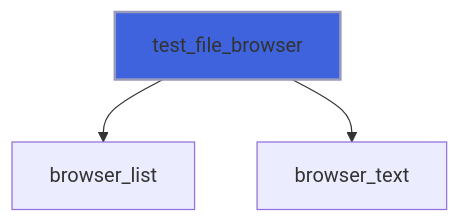
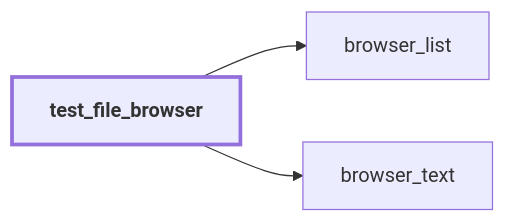
One commit to szaghi/figure changed diagram 11 of 57 in docs/api/src/lib/figure_testing.md. Above: the diagram before and after it, drawn with Mermaid. The commit also changed other lines of this file and 54 other files, not shown here.

````diff
--- a/docs/api/src/lib/figure_testing.md
+++ b/docs/api/src/lib/figure_testing.md
@@ -363,6 +443,9 @@
 ```mermaid
-flowchart TD
+flowchart LR
   test_file_browser["test_file_browser"] --> browser_list["browser_list"]
   test_file_browser["test_file_browser"] --> browser_text["browser_text"]
-  style test_file_browser fill:#3e63dd,stroke:#99b,stroke-width:2px
+  classDef focus stroke-width:3px,font-weight:bold
+  class test_file_browser focus
+  click browser_text href "#browser-text" "browser_text"
+  click browser_list href "#browser-list" "browser_list"
 ```
````
